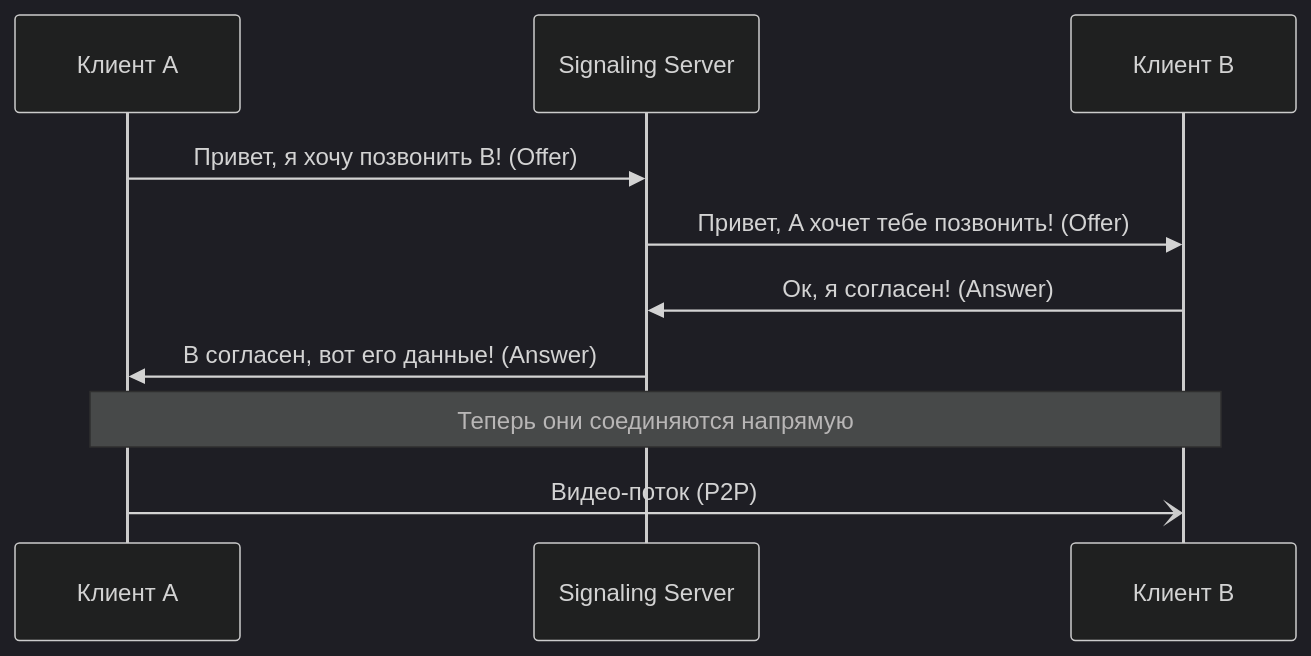
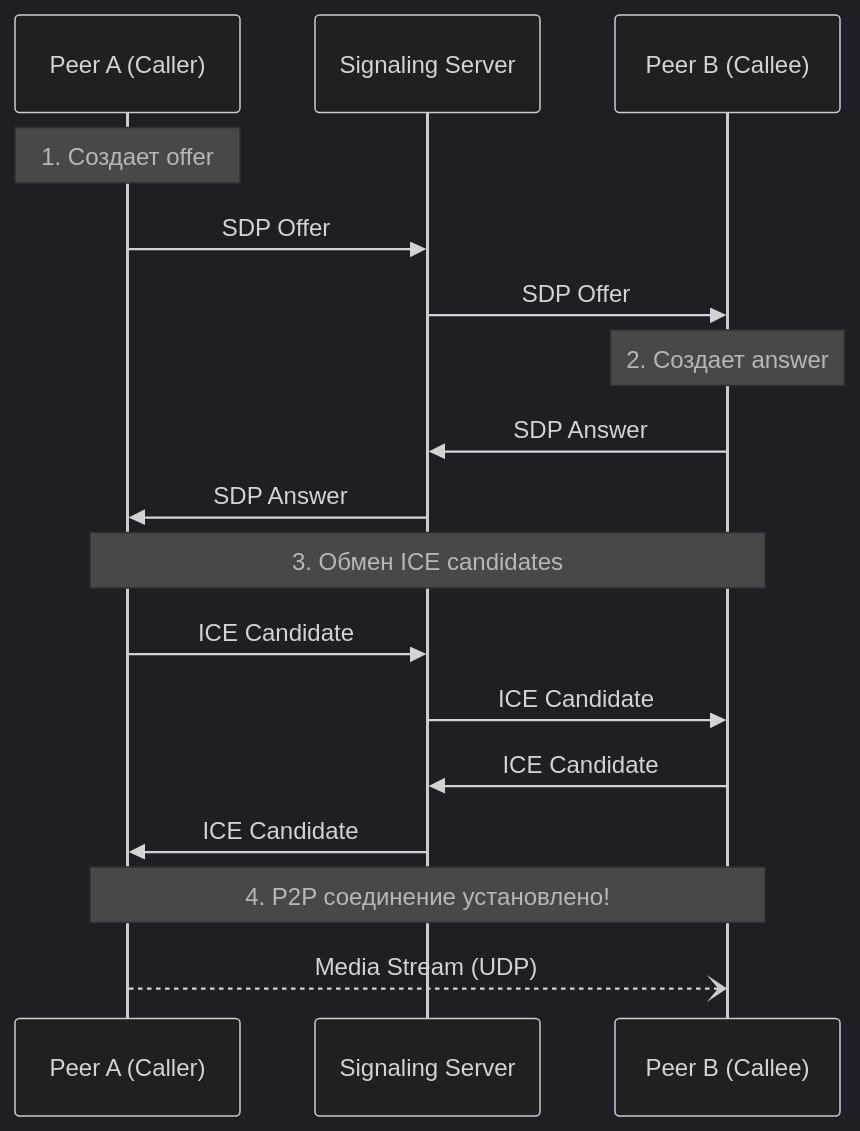
Before and after one commit to IBraveMonkey/data_structure-algorithms: the second of 4 diagrams in информатика(теория)/networking/API_Protocols/2.WebRTC.md, drawn with Mermaid (dark theme). The commit also changed other lines of this file and 22 other files, not shown here.

````diff
--- a/информатика(теория)/networking/API_Protocols/2.WebRTC.md
+++ b/информатика(теория)/networking/API_Protocols/2.WebRTC.md
@@ -32,13 +85,23 @@
 ```mermaid
 sequenceDiagram
-    participant A as Клиент A
-    participant S as Signaling Server
-    participant B as Клиент B
+    participant A as Peer A (Caller)
+    participant Sig as Signaling Server
+    participant B as Peer B (Callee)
     
-    A->>S: Привет, я хочу позвонить B! (Offer)
-    S->>B: Привет, A хочет тебе позвонить! (Offer)
-    B->>S: Ок, я согласен! (Answer)
-    S->>A: B согласен, вот его данные! (Answer)
-    Note over A,B: Теперь они соединяются напрямую
-    A-)B: Видео-поток (P2P)
+    Note over A: 1. Создает offer
+    A->>Sig: SDP Offer
+    Sig->>B: SDP Offer
+    
+    Note over B: 2. Создает answer
+    B->>Sig: SDP Answer
+    Sig->>A: SDP Answer
+    
+    Note over A,B: 3. Обмен ICE candidates
+    A->>Sig: ICE Candidate
+    Sig->>B: ICE Candidate
+    B->>Sig: ICE Candidate
+    Sig->>A: ICE Candidate
+    
+    Note over A,B: 4. P2P соединение установлено!
+    A--)B: Media Stream (UDP)
 ```
````
